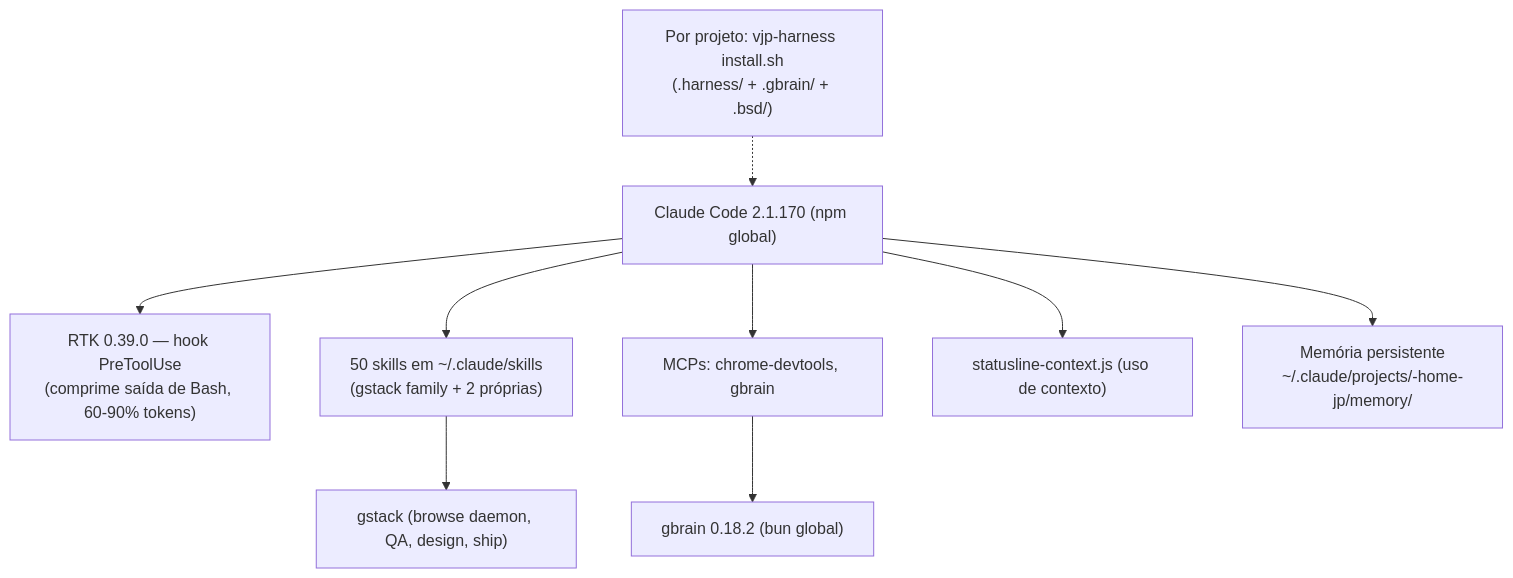
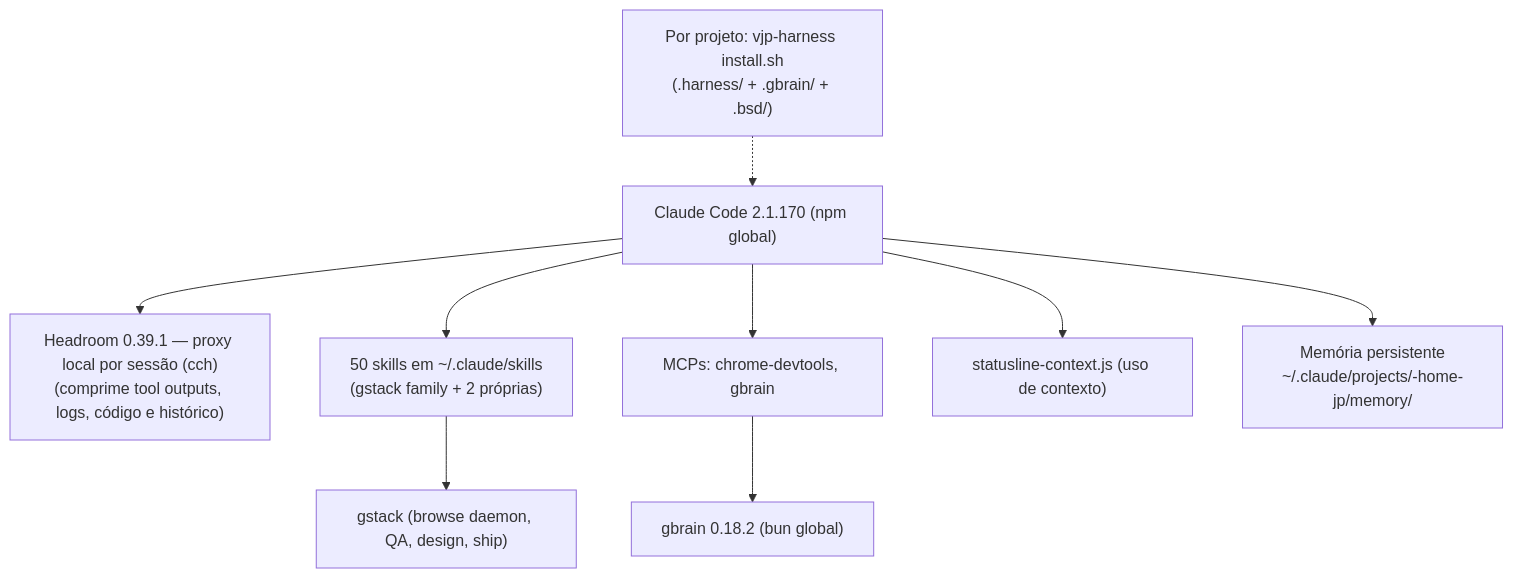
One commit to Joao-Pedro-AI-Visionary/vjp-harness changed the diagram in machine/MACHINE.md. Above: the diagram before and after it, drawn with Mermaid. The commit also changed other lines of this file and 25 other files, not shown here.

First line of the commit message:
[jp] feat: Headroom no lugar do RTK como Compressor de Contexto (v1.22.0)

````diff
--- a/machine/MACHINE.md
+++ b/machine/MACHINE.md
@@ -14,11 +14,11 @@
 ```mermaid
 flowchart TD
-    CC["Claude Code 2.1.170 (npm global)"] --> RTK["RTK 0.39.0 — hook PreToolUse<br/>(comprime saída de Bash, 60-90% tokens)"]
+    CC["Claude Code 2.1.170 (npm global)"] --> HR["Headroom 0.39.1 — proxy local por sessão (cch)<br/>(comprime tool outputs, logs, código e histórico)"]
     CC --> SKILLS["50 skills em ~/.claude/skills<br/>(gstack family + 2 próprias)"]
     CC --> MCP["MCPs: chrome-devtools, gbrain"]
     CC --> SL["statusline-context.js (uso de contexto)"]
     CC --> MEM["Memória persistente<br/>~/.claude/projects/-home-jp/memory/"]
     SKILLS --> GSTACK["gstack (browse daemon, QA, design, ship)"]
     MCP --> GBRAIN["gbrain 0.18.2 (bun global)"]
     PROJ["Por projeto: vjp-harness install.sh<br/>(.harness/ + .gbrain/ + .bsd/)"] -.-> CC
 ```
````
